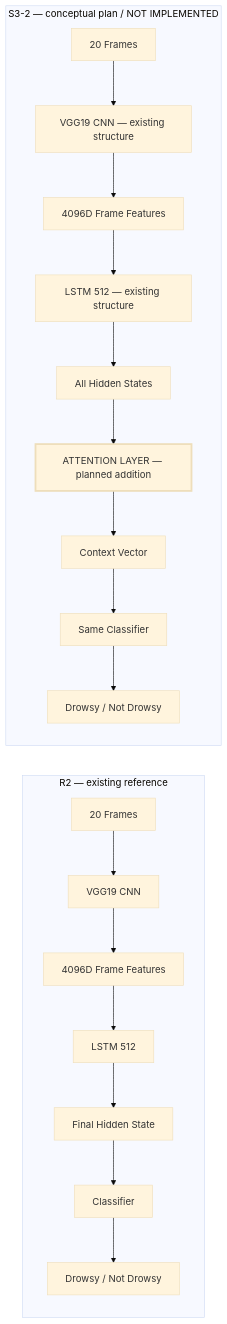
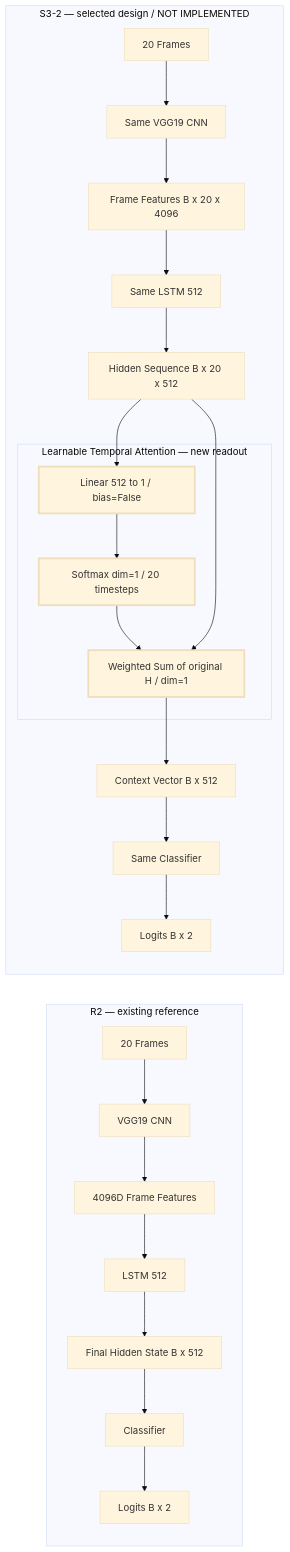
Before and after one commit to a38200-pixel/cnn-lstm-drowsiness-fusion: the first of 2 diagrams in docs/context_model/s3_2_attention_progress.md, drawn with Mermaid (base theme). The commit also changed other lines of this file and 5 other files, not shown here.

Commit message:
docs: finalize S3-2 scalar temporal attention architecture

````diff
--- a/docs/context_model/s3_2_attention_progress.md
+++ b/docs/context_model/s3_2_attention_progress.md
@@ -5,25 +7,32 @@
 ```mermaid
 flowchart LR
     subgraph R2["R2 — existing reference"]
         direction TB
         RFrames["20 Frames"] --> RCNN["VGG19 CNN"]
         RCNN --> RFeatures["4096D Frame Features"]
         RFeatures --> RLSTM["LSTM 512"]
-        RLSTM --> RHidden["Final Hidden State"]
+        RLSTM --> RHidden["Final Hidden State B x 512"]
         RHidden --> RClassifier["Classifier"]
-        RClassifier --> ROutput["Drowsy / Not Drowsy"]
+        RClassifier --> ROutput["Logits B x 2"]
     end
-    subgraph S32["S3-2 — conceptual plan / NOT IMPLEMENTED"]
+    subgraph S32["S3-2 — selected design / NOT IMPLEMENTED"]
         direction TB
-        AFrames["20 Frames"] --> ACNN["VGG19 CNN — existing structure"]
-        ACNN --> AFeatures["4096D Frame Features"]
-        AFeatures --> ALSTM["LSTM 512 — existing structure"]
-        ALSTM --> AHidden["All Hidden States"]
-        AHidden --> Attention["ATTENTION LAYER — planned addition"]
-        Attention --> Context["Context Vector"]
+        AFrames["20 Frames"] --> ACNN["Same VGG19 CNN"]
+        ACNN --> AFeatures["Frame Features B x 20 x 4096"]
+        AFeatures --> ALSTM["Same LSTM 512"]
+        ALSTM --> H["Hidden Sequence B x 20 x 512"]
+        subgraph ATT["Learnable Temporal Attention — new readout"]
+            Score["Linear 512 to 1 / bias=False"]
+            Normalize["Softmax dim=1 / 20 timesteps"]
+            Weighted["Weighted Sum of original H / dim=1"]
+            Score --> Normalize --> Weighted
+        end
+        H --> Score
+        H --> Weighted
+        Weighted --> Context["Context Vector B x 512"]
         Context --> AClassifier["Same Classifier"]
-        AClassifier --> AOutput["Drowsy / Not Drowsy"]
+        AClassifier --> AOutput["Logits B x 2"]
     end
     classDef added stroke-width:3px;
-    class Attention added;
+    class Score,Normalize,Weighted added;
 ```
````
